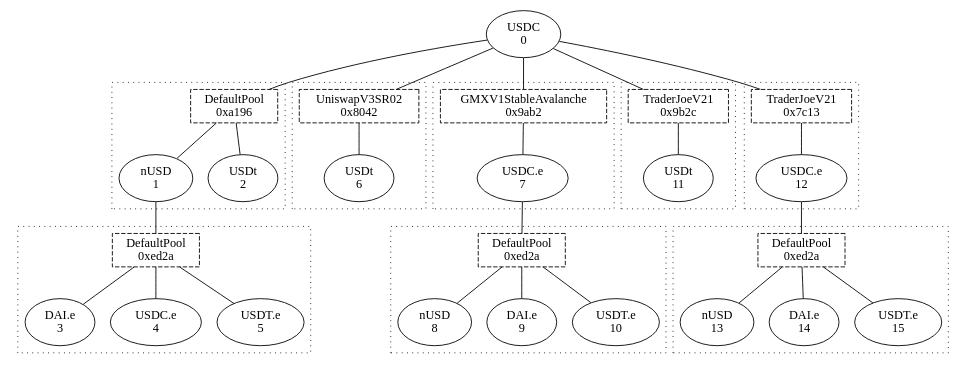
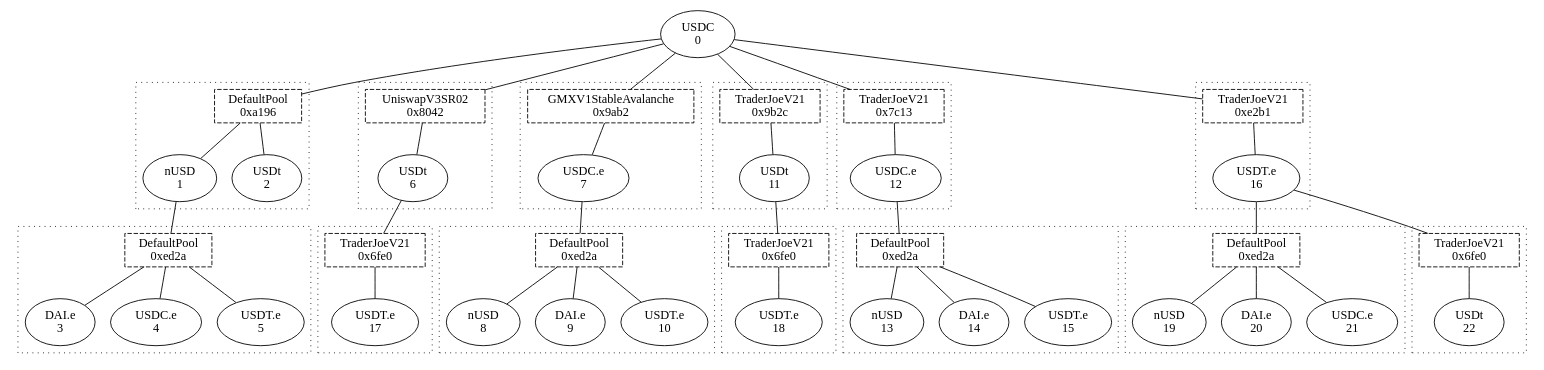
Before and after one commit to synapsecns/synapse-contracts: the diagram in script/configs/avalanche/LinkedPool.CCTP.USDC.dot, drawn with Graphviz. The commit also changed 2 other files, not shown here.

Commit message:
Add more TraderJoe pools to Avax LinkedPool

```diff
--- a/script/configs/avalanche/LinkedPool.CCTP.USDC.dot
+++ b/script/configs/avalanche/LinkedPool.CCTP.USDC.dot
@@ -1,116 +1,181 @@
 graph G {
     token0 [label = "USDC\n0";];
     token1 [label = "nUSD\n1";];
     token2 [label = "USDt\n2";];
     token3 [label = "DAI.e\n3";];
     token4 [label = "USDC.e\n4";];
     token5 [label = "USDT.e\n5";];
     token6 [label = "USDt\n6";];
     token7 [label = "USDC.e\n7";];
     token8 [label = "nUSD\n8";];
     token9 [label = "DAI.e\n9";];
     token10 [label = "USDT.e\n10";];
     token11 [label = "USDt\n11";];
     token12 [label = "USDC.e\n12";];
     token13 [label = "nUSD\n13";];
     token14 [label = "DAI.e\n14";];
     token15 [label = "USDT.e\n15";];
+    token16 [label = "USDT.e\n16";];
+    token17 [label = "USDT.e\n17";];
+    token18 [label = "USDT.e\n18";];
+    token19 [label = "nUSD\n19";];
+    token20 [label = "DAI.e\n20";];
+    token21 [label = "USDC.e\n21";];
+    token22 [label = "USDt\n22";];
     pool0 [label = "DefaultPool\n0xa196";shape = rect;style = dashed;];
     token0 -- pool0;
     subgraph cluster0 {
         style = dotted;
         pool0 -- token1;
         pool0 -- token2;
         subgraph {
             rank = same;
             edge [style = invis;];
             token1 -- token2;
         }
     }
     pool1 [label = "DefaultPool\n0xed2a";shape = rect;style = dashed;];
     token1 -- pool1;
     subgraph cluster1 {
         style = dotted;
         pool1 -- token3;
         pool1 -- token4;
         pool1 -- token5;
         subgraph {
             rank = same;
             edge [style = invis;];
             token3 -- token4;
             token4 -- token5;
         }
     }
     pool2 [label = "UniswapV3SR02\n0x8042";shape = rect;style = dashed;];
     token0 -- pool2;
     subgraph cluster2 {
         style = dotted;
         pool2 -- token6;
         subgraph {
             rank = same;
             edge [style = invis;];
             token6;
         }
     }
     pool3 [label = "GMXV1StableAvalanche\n0x9ab2";shape = rect;style = dashed;];
     token0 -- pool3;
     subgraph cluster3 {
         style = dotted;
         pool3 -- token7;
         subgraph {
             rank = same;
             edge [style = invis;];
             token7;
         }
     }
     pool4 [label = "DefaultPool\n0xed2a";shape = rect;style = dashed;];
     token7 -- pool4;
     subgraph cluster4 {
         style = dotted;
         pool4 -- token8;
         pool4 -- token9;
         pool4 -- token10;
         subgraph {
             rank = same;
             edge [style = invis;];
             token8 -- token9;
             token9 -- token10;
         }
     }
     pool5 [label = "TraderJoeV21\n0x9b2c";shape = rect;style = dashed;];
     token0 -- pool5;
     subgraph cluster5 {
         style = dotted;
         pool5 -- token11;
         subgraph {
             rank = same;
             edge [style = invis;];
             token11;
         }
     }
     pool6 [label = "TraderJoeV21\n0x7c13";shape = rect;style = dashed;];
     token0 -- pool6;
     subgraph cluster6 {
         style = dotted;
         pool6 -- token12;
         subgraph {
             rank = same;
             edge [style = invis;];
             token12;
         }
     }
     pool7 [label = "DefaultPool\n0xed2a";shape = rect;style = dashed;];
     token12 -- pool7;
     subgraph cluster7 {
         style = dotted;
         pool7 -- token13;
         pool7 -- token14;
         pool7 -- token15;
         subgraph {
             rank = same;
             edge [style = invis;];
             token13 -- token14;
             token14 -- token15;
         }
     }
+    pool8 [label = "TraderJoeV21\n0xe2b1";shape = rect;style = dashed;];
+    token0 -- pool8;
+    subgraph cluster8 {
+        style = dotted;
+        pool8 -- token16;
+        subgraph {
+            rank = same;
+            edge [style = invis;];
+            token16;
+        }
+    }
+    pool9 [label = "TraderJoeV21\n0x6fe0";shape = rect;style = dashed;];
+    token6 -- pool9;
+    subgraph cluster9 {
+        style = dotted;
+        pool9 -- token17;
+        subgraph {
+            rank = same;
+            edge [style = invis;];
+            token17;
+        }
+    }
+    pool10 [label = "TraderJoeV21\n0x6fe0";shape = rect;style = dashed;];
+    token11 -- pool10;
+    subgraph cluster10 {
+        style = dotted;
+        pool10 -- token18;
+        subgraph {
+            rank = same;
+            edge [style = invis;];
+            token18;
+        }
+    }
+    pool11 [label = "DefaultPool\n0xed2a";shape = rect;style = dashed;];
+    token16 -- pool11;
+    subgraph cluster11 {
+        style = dotted;
+        pool11 -- token19;
+        pool11 -- token20;
+        pool11 -- token21;
+        subgraph {
+            rank = same;
+            edge [style = invis;];
+            token19 -- token20;
+            token20 -- token21;
+        }
+    }
+    pool12 [label = "TraderJoeV21\n0x6fe0";shape = rect;style = dashed;];
+    token16 -- pool12;
+    subgraph cluster12 {
+        style = dotted;
+        pool12 -- token22;
+        subgraph {
+            rank = same;
+            edge [style = invis;];
+            token22;
+        }
+    }
 }
```
